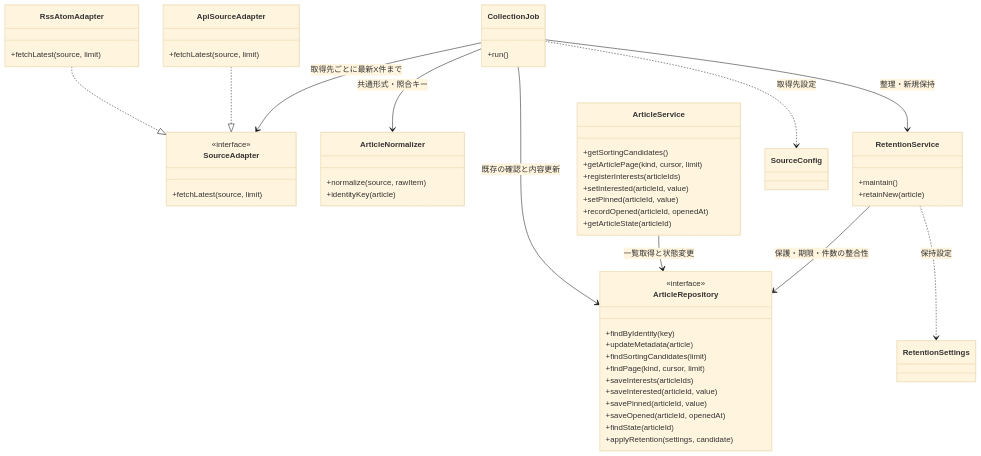
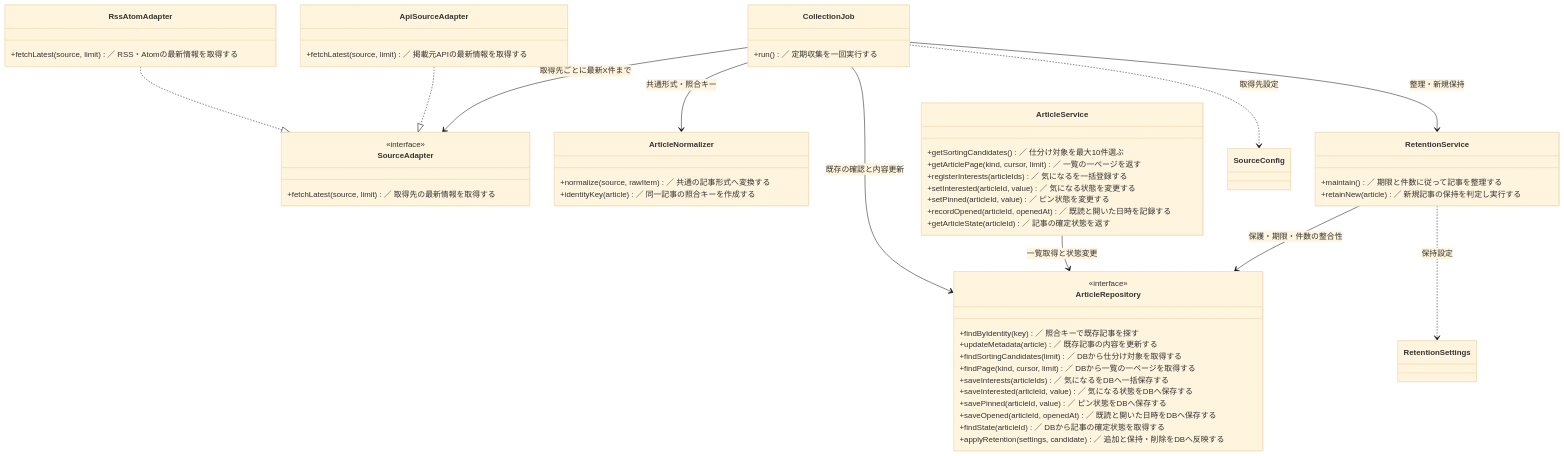
Before and after one commit to BeppuKanato/it-discovery: the third of 3 diagrams in docs/classes.md, drawn with Mermaid (base theme). The commit also changed other lines of this file, not shown here.

Commit message:
docs: show concise method descriptions inside class diagrams

```diff
--- a/docs/classes.md
+++ b/docs/classes.md
@@ -317,72 +231,47 @@
 classDiagram
     direction TB
     class CollectionJob {
-        %% 定期収集を一回実行する。取得先ごとに最新側から最大X件を確認し、変換・既存更新・新規保持へ振り分ける。
-        +run()
+        +run() ／ 定期収集を一回実行する
     }
     class SourceAdapter {
         <<interface>>
-        %% 指定した取得先から最新側の最大limit件を取得するための共通の窓口。取得方法は各実装が担当する。
-        +fetchLatest(source, limit)
+        +fetchLatest(source, limit) ／ 取得先の最新情報を取得する
     }
     class RssAtomAdapter {
-        %% RSSまたはAtomを読み、提供されている記事の最新側から最大limit件を返す。
-        +fetchLatest(source, limit)
+        +fetchLatest(source, limit) ／ RSS・Atomの最新情報を取得する
     }
     class ApiSourceAdapter {
-        %% 掲載元のAPIを使い、最新側から最大limit件の記事データを取得して返す。
-        +fetchLatest(source, limit)
+        +fetchLatest(source, limit) ／ 掲載元APIの最新情報を取得する
     }
     class ArticleNormalizer {
-        %% 掲載元のデータ一件を、タイトル・URL・説明・日時などアプリ共通の記事形式へ変換する。
-        +normalize(source, rawItem)
-        %% 同一記事を照合するキーを作る。取得元の識別情報と掲載元の記事IDを使い、記事IDがなければURLを使う。
-        +identityKey(article)
+        +normalize(source, rawItem) ／ 共通の記事形式へ変換する
+        +identityKey(article) ／ 同一記事の照合キーを作成する
     }
     class ArticleService {
-        %% 対象条件を満たす記事を取得日時が新しい順に最大10件選び、アプリへ返す。
-        +getSortingCandidates()
-        %% 全記事または気になる一覧の条件で一ページを取得し、記事と状態・続き位置をアプリへ返す。
-        +getArticlePage(kind, cursor, limit)
-        %% 渡された記事IDをまとめて気になるに登録する。再送されても二重登録しない。
-        +registerInterests(articleIds)
-        %% 指定記事の気になる状態だけを変更先の値で保存する。既読・ピン止めは維持する。
-        +setInterested(articleId, value)
-        %% 指定記事のピン状態だけを変更先の値で保存する。気になる・既読は維持する。
-        +setPinned(articleId, value)
-        %% 指定記事を既読にし、最後に開いた日時を保存する。気になる・ピン止めは維持する。
-        +recordOpened(articleId, openedAt)
-        %% 指定記事の確定した登録・ピン・閲覧状態をDBから取得して返す。
-        +getArticleState(articleId)
+        +getSortingCandidates() ／ 仕分け対象を最大10件選ぶ
+        +getArticlePage(kind, cursor, limit) ／ 一覧の一ページを返す
+        +registerInterests(articleIds) ／ 気になるを一括登録する
+        +setInterested(articleId, value) ／ 気になる状態を変更する
+        +setPinned(articleId, value) ／ ピン状態を変更する
+        +recordOpened(articleId, openedAt) ／ 既読と開いた日時を記録する
+        +getArticleState(articleId) ／ 記事の確定状態を返す
     }
     class RetentionService {
-        %% 新規記事を渡さずに保持条件を見直し、期限・件数に応じて既存記事を整理する。
-        +maintain()
-        %% 新規記事の追加可否を判定し、保持できる場合は追加と期限・件数整理を行う。保護記事だけで上限なら追加しない。
-        +retainNew(article)
+        +maintain() ／ 期限と件数に従って記事を整理する
+        +retainNew(article) ／ 新規記事の保持を判定し実行する
     }
     class ArticleRepository {
         <<interface>>
-        %% 照合キーに一致する既存記事をDBから探す。新規記事か既存記事かの判定に使う。
-        +findByIdentity(key)
-        %% 既存記事のタイトル・説明・掲載元の日時などを更新する。登録・既読・ピン止めを初期化しない。
-        +updateMetadata(article)
-        %% 未読・気になる未登録・ピン止めなしの記事を取得日時が新しい順に最大limit件取得する。
-        +findSortingCandidates(limit)
-        %% 一覧の種類・続き位置・取得件数に従って、DBから記事と状態の一ページを取得する。
-        +findPage(kind, cursor, limit)
-        %% 指定した記事IDをまとめて気になる登録としてDBに保存する。同じ登録の再送で重複を作らない。
-        +saveInterests(articleIds)
-        %% 指定記事の気になる状態だけをDBに保存する。
-        +saveInterested(articleId, value)
-        %% 指定記事のピン状態だけをDBに保存する。
-        +savePinned(articleId, value)
-        %% 指定記事の既読と最後に開いた日時をDBに保存する。
-        +saveOpened(articleId, openedAt)
-        %% 指定記事の現在の登録・ピン・閲覧状態をDBから取得する。
-        +findState(articleId)
-        %% 保持設定に従って期限・件数を整理し、candidateがあれば新規追加も判定する。保護条件を守り、一つの保存単位で確定する案。
-        +applyRetention(settings, candidate)
+        +findByIdentity(key) ／ 照合キーで既存記事を探す
+        +updateMetadata(article) ／ 既存記事の内容を更新する
+        +findSortingCandidates(limit) ／ DBから仕分け対象を取得する
+        +findPage(kind, cursor, limit) ／ DBから一覧の一ページを取得する
+        +saveInterests(articleIds) ／ 気になるをDBへ一括保存する
+        +saveInterested(articleId, value) ／ 気になる状態をDBへ保存する
+        +savePinned(articleId, value) ／ ピン状態をDBへ保存する
+        +saveOpened(articleId, openedAt) ／ 既読と開いた日時をDBへ保存する
+        +findState(articleId) ／ DBから記事の確定状態を取得する
+        +applyRetention(settings, candidate) ／ 追加と保持・削除をDBへ反映する
     }
 
     RssAtomAdapter ..|> SourceAdapter
```
